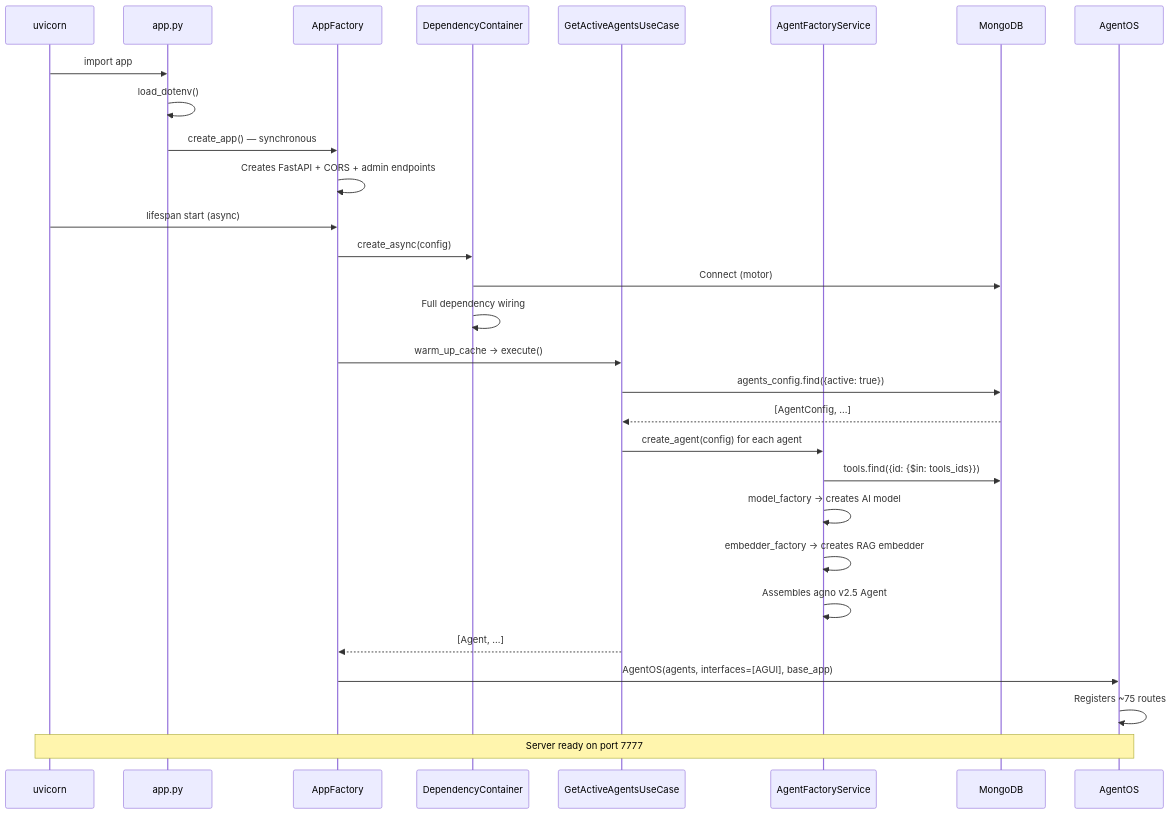
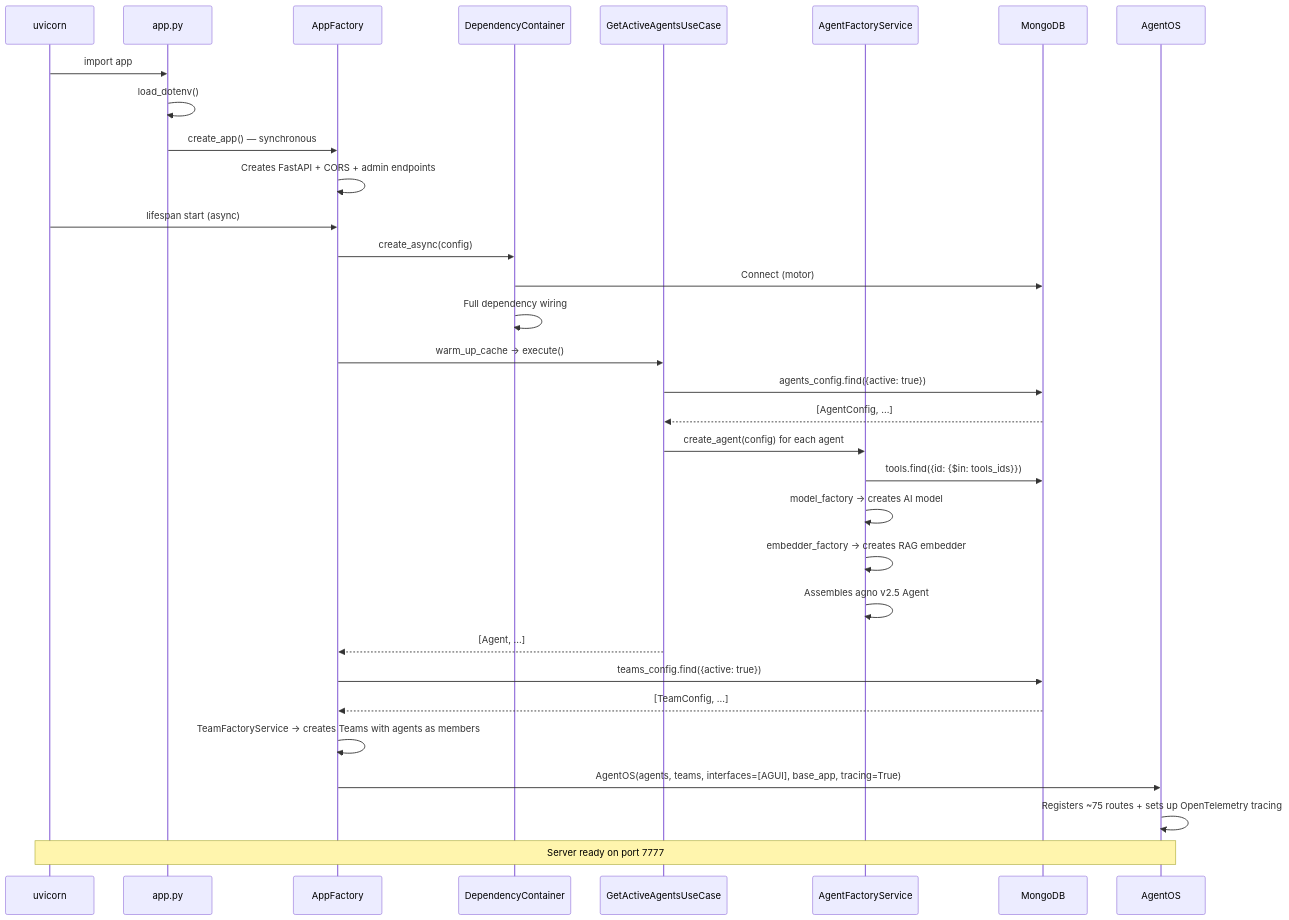
The second of 3 diagrams in README.en.md (Mosfet04/orquestradorIAPythonArgo), drawn with Mermaid before and after one commit. The commit also changed other lines of this file and 2 other files, not shown here.

Commit message:
feat: add multi-agent teams support and enhance documentation

````diff
--- a/README.en.md
+++ b/README.en.md
@@ -261,32 +268,35 @@
 ```mermaid
 sequenceDiagram
     participant U as uvicorn
     participant A as app.py
     participant F as AppFactory
     participant DI as DependencyContainer
     participant UC as GetActiveAgentsUseCase
     participant AF as AgentFactoryService
     participant MDB as MongoDB
     participant OS as AgentOS
 
     U->>A: import app
     A->>A: load_dotenv()
     A->>F: create_app() — synchronous
     F->>F: Creates FastAPI + CORS + admin endpoints
     U->>F: lifespan start (async)
     F->>DI: create_async(config)
     DI->>MDB: Connect (motor)
     DI->>DI: Full dependency wiring
     F->>UC: warm_up_cache → execute()
     UC->>MDB: agents_config.find({active: true})
     MDB-->>UC: [AgentConfig, ...]
     UC->>AF: create_agent(config) for each agent
     AF->>MDB: tools.find({id: {$in: tools_ids}})
     AF->>AF: model_factory → creates AI model
     AF->>AF: embedder_factory → creates RAG embedder
     AF->>AF: Assembles agno v2.5 Agent
     UC-->>F: [Agent, ...]
-    F->>OS: AgentOS(agents, interfaces=[AGUI], base_app)
-    OS->>OS: Registers ~75 routes
+    F->>MDB: teams_config.find({active: true})
+    MDB-->>F: [TeamConfig, ...]
+    F->>F: TeamFactoryService → creates Teams with agents as members
+    F->>OS: AgentOS(agents, teams, interfaces=[AGUI], base_app, tracing=True)
+    OS->>OS: Registers ~75 routes + sets up OpenTelemetry tracing
     Note over U,OS: Server ready on port 7777
 ```
````
